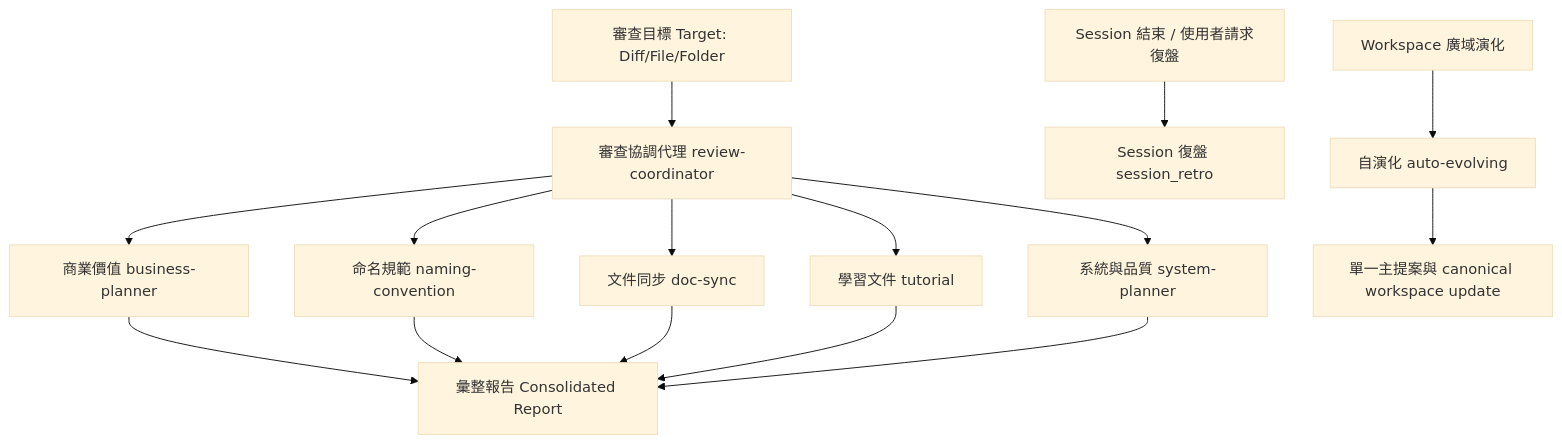
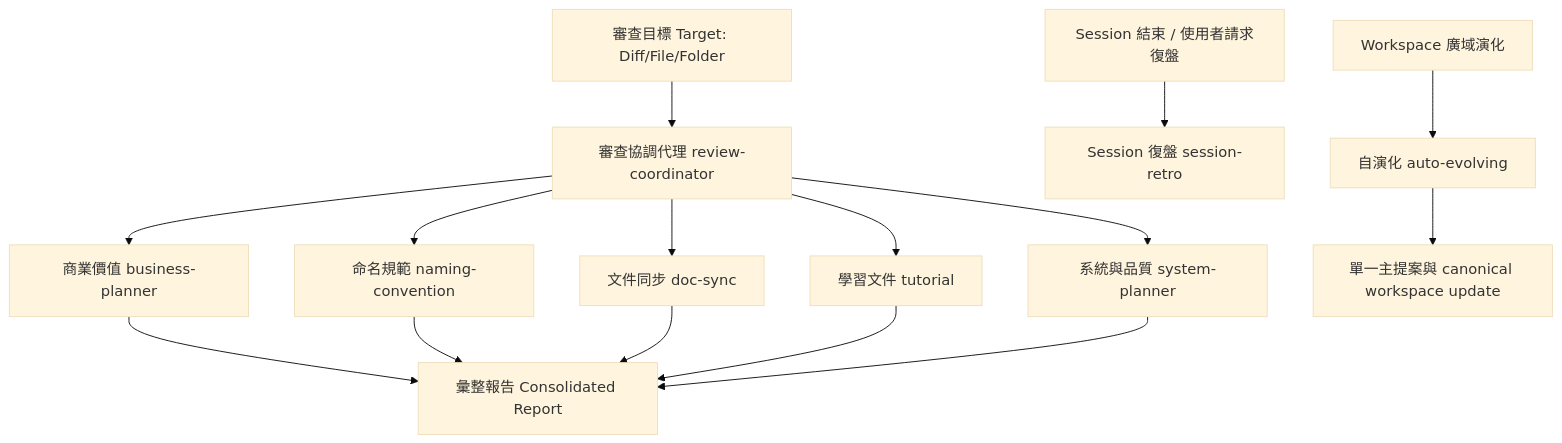
The diagram in plugins/review/README.md (BizShuk/cc-plugin), drawn with Mermaid (base theme) before and after one commit. The commit also changed other lines of this file and 73 other files, not shown here.

````diff
--- a/plugins/review/README.md
+++ b/plugins/review/README.md
@@ -13,17 +15,17 @@
 ```mermaid
 graph TD
     Target[審查目標 Target: Diff/File/Folder] --> Coordinator[審查協調代理 review-coordinator]
     Coordinator --> S1[商業價值 business-planner]
     Coordinator --> S2[命名規範 naming-convention]
     Coordinator --> S3[文件同步 doc-sync]
     Coordinator --> S4[學習文件 tutorial]
     Coordinator --> S5[系統與品質 system-planner]
     S1 --> Report[彙整報告 Consolidated Report]
     S2 --> Report
     S3 --> Report
     S4 --> Report
     S5 --> Report
-    Session[Session 結束 / 使用者請求復盤] --> S6[Session 復盤 session_retro]
+    Session[Session 結束 / 使用者請求復盤] --> S6[Session 復盤 session-retro]
     Workspace[Workspace 廣域演化] --> Evolve[自演化 auto-evolving]
     Evolve --> MainFlow[單一主提案與 canonical workspace update]
 ```
````
